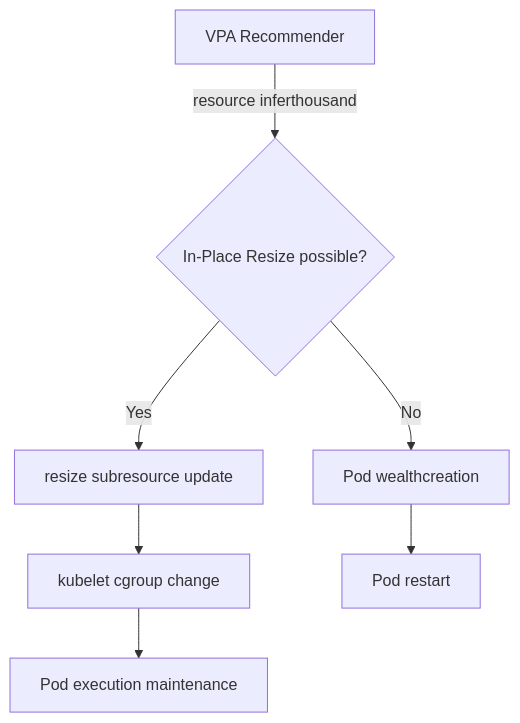
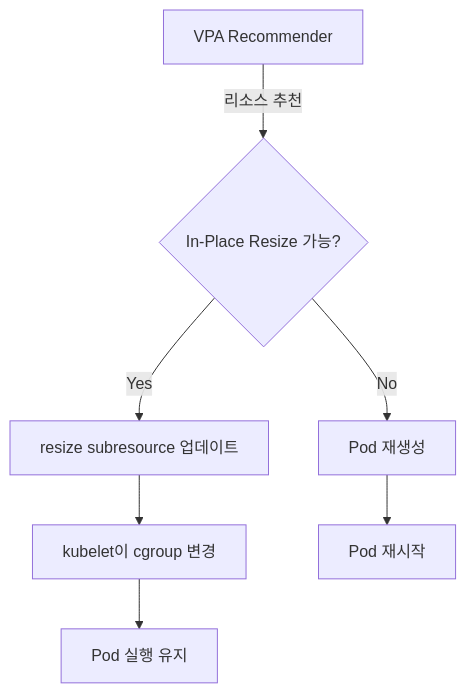
Before and after one commit to devfloor9/engineering-playbook: diagram 11 of 13 in i18n/en/docusaurus-plugin-content-docs/current/aidlc/agentic-ops/aiops-predictive-operations.md, drawn with Mermaid. The commit also changed other lines of this file and 95 other files, not shown here.

````diff
--- a/i18n/en/docusaurus-plugin-content-docs/current/aidlc/agentic-ops/aiops-predictive-operations.md
+++ b/i18n/en/docusaurus-plugin-content-docs/current/aidlc/agentic-ops/aiops-predictive-operations.md
@@ -2911,9 +2929,9 @@
 ```mermaid
 graph TD
-A[VPA Recommender] -->|resource inferthousand| B{In-Place Resize possible?}
-B -->|Yes| C[resize subresource update]
-B -->|No| D[Pod wealthcreation]
-C --> E[kubelet cgroup change]
-E --> F[Pod execution maintenance]
-D --> G[Pod restart]
+ A[VPA Recommender] -->|리소스 추천| B{In-Place Resize 가능?}
+ B -->|Yes| C[resize subresource 업데이트]
+ B -->|No| D[Pod 재생성]
+ C --> E[kubelet이 cgroup 변경]
+ E --> F[Pod 실행 유지]
+ D --> G[Pod 재시작]
 ```
````
